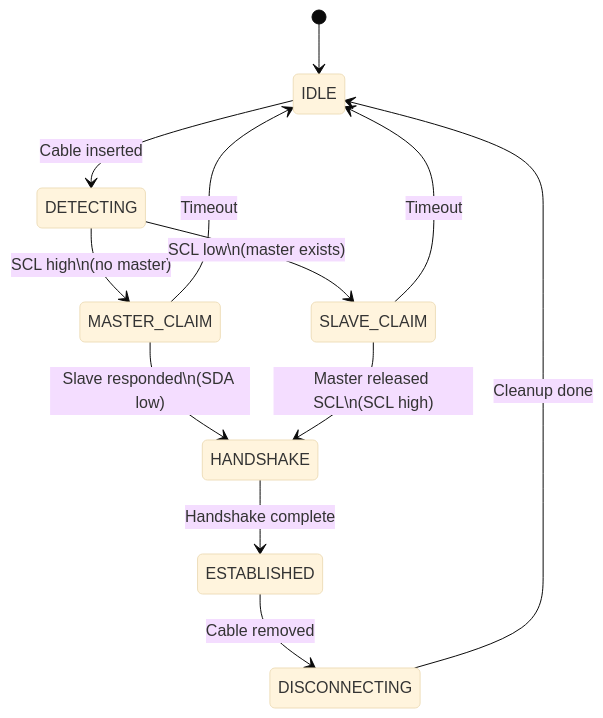
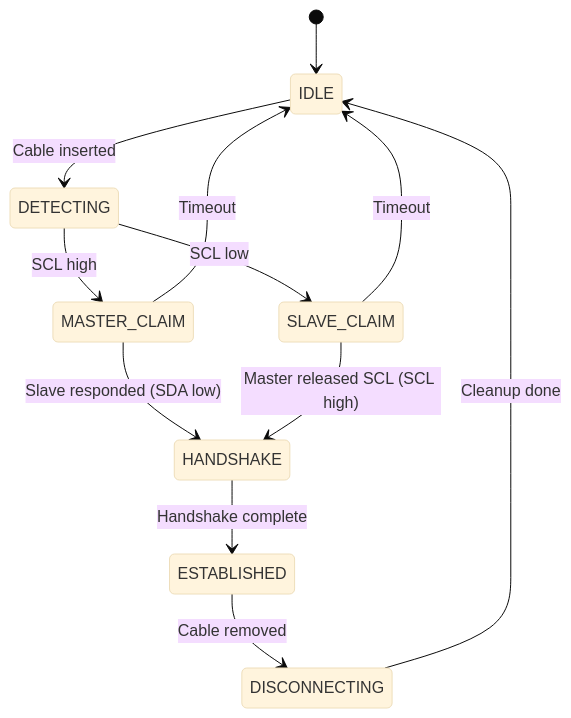
The first of 6 diagrams in docs/i2c_commu_en.md (hdkghc/calculator), drawn with Mermaid (base theme) before and after one commit. The commit also changed other lines of this file and 5 other files, not shown here.

````diff
--- a/docs/i2c_commu_en.md
+++ b/docs/i2c_commu_en.md
@@ -148,21 +142,21 @@
 ```mermaid
 stateDiagram-v2
     [*] --> IDLE
-    
+
     IDLE --> DETECTING: Cable inserted
-    
-    DETECTING --> MASTER_CLAIM: SCL high\n(no master)
-    DETECTING --> SLAVE_CLAIM: SCL low\n(master exists)
-    
-    MASTER_CLAIM --> HANDSHAKE: Slave responded\n(SDA low)
+
+    DETECTING --> MASTER_CLAIM: SCL high
+    DETECTING --> SLAVE_CLAIM: SCL low
+
+    MASTER_CLAIM --> HANDSHAKE: Slave responded (SDA low)
     MASTER_CLAIM --> IDLE: Timeout
-    
-    SLAVE_CLAIM --> HANDSHAKE: Master released SCL\n(SCL high)
+
+    SLAVE_CLAIM --> HANDSHAKE: Master released SCL (SCL high)
     SLAVE_CLAIM --> IDLE: Timeout
-    
+
     HANDSHAKE --> ESTABLISHED: Handshake complete
-    
+
     ESTABLISHED --> DISCONNECTING: Cable removed
-    
+
     DISCONNECTING --> IDLE: Cleanup done
 ```
````
